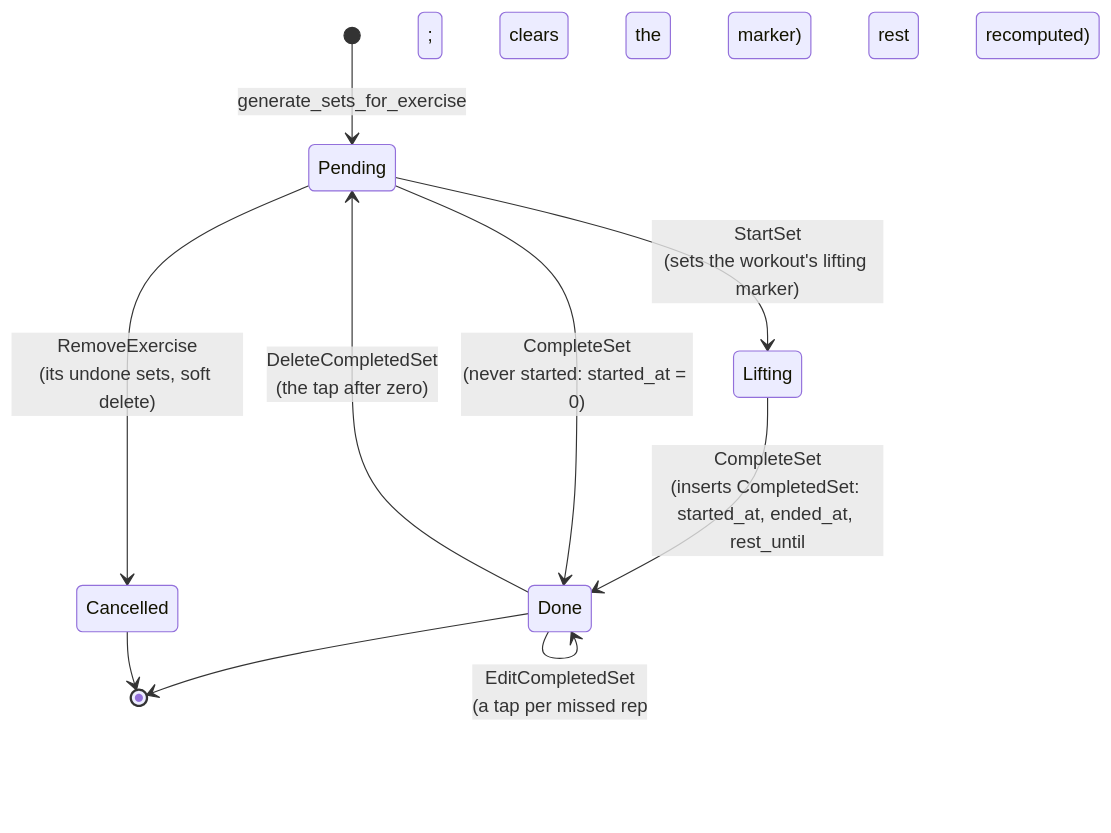
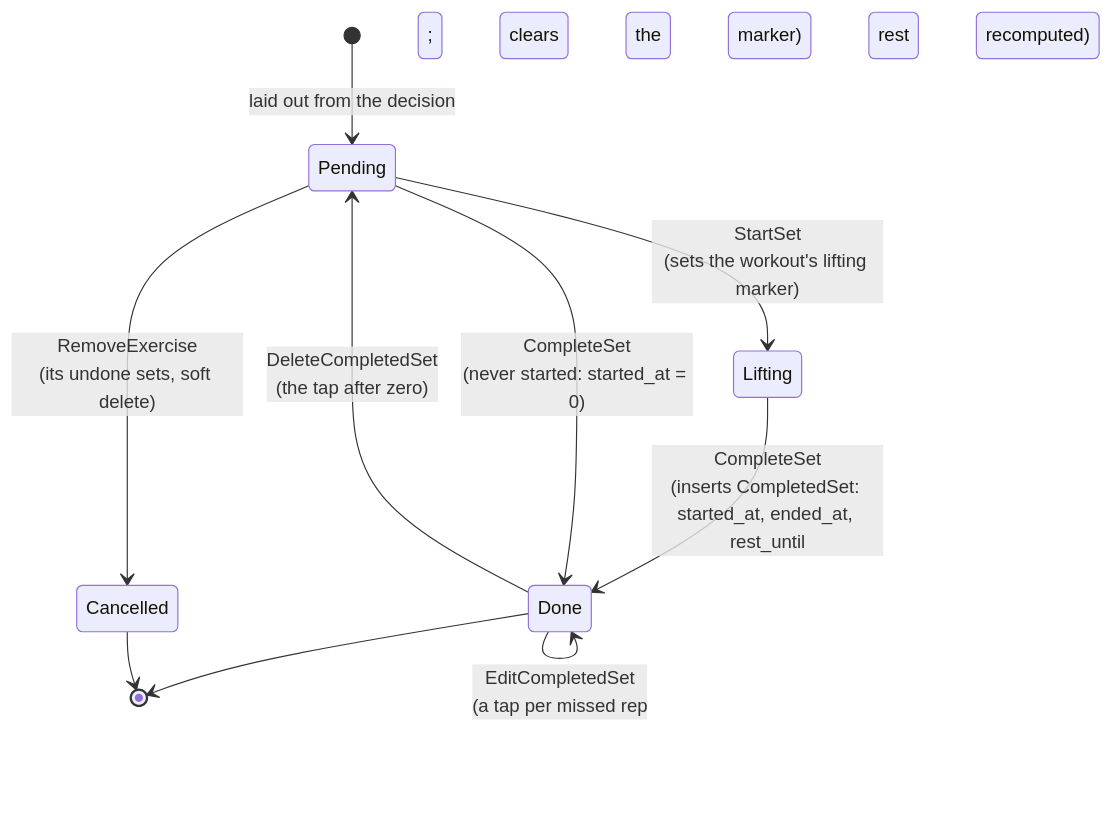
Before and after one commit to brensch/lift: the fourth of 7 diagrams in docs/architecture/workout-lifecycle.md, drawn with Mermaid. The commit also changed other lines of this file and 160 other files, not shown here.

````diff
--- a/docs/architecture/workout-lifecycle.md
+++ b/docs/architecture/workout-lifecycle.md
@@ -60,12 +299,12 @@
 ```mermaid
 stateDiagram-v2
-    [*] --> Pending: generate_sets_for_exercise
+    [*] --> Pending: laid out from the decision
     Pending --> Lifting: StartSet<br/>(sets the workout's lifting marker)
     Lifting --> Done: CompleteSet<br/>(inserts CompletedSet: started_at, ended_at, rest_until; clears the marker)
     Pending --> Done: CompleteSet<br/>(never started: started_at = 0)
     Done --> Done: EditCompletedSet<br/>(a tap per missed rep; rest recomputed)
     Pending --> Cancelled: RemoveExercise<br/>(its undone sets, soft delete)
     Done --> Pending: DeleteCompletedSet<br/>(the tap after zero)
     Done --> [*]
     Cancelled --> [*]
 ```
````
